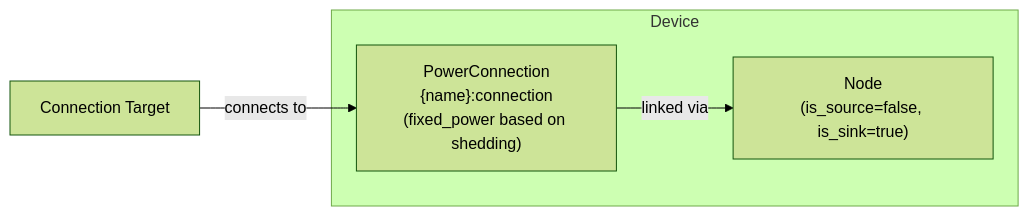
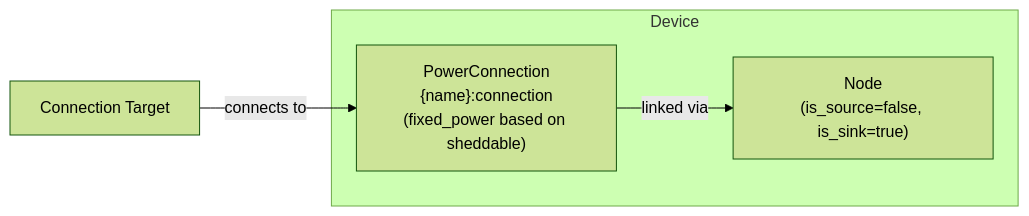
Before and after one commit to hass-energy/haeo: the diagram in docs/modeling/device-layer/loads.md, drawn with Mermaid (forest theme). The commit also changed other lines of this file and 1 other file, not shown here.

Commit message:
Update documentation with sheddable terminology and correct defaults

````diff
--- a/docs/modeling/device-layer/loads.md
+++ b/docs/modeling/device-layer/loads.md
@@ -8,13 +8,13 @@
 ```mermaid
 graph LR
     subgraph "Device"
         SS["Node<br/>(is_source=false, is_sink=true)"]
-        Conn["PowerConnection<br/>{name}:connection<br/>(fixed_power based on shedding)"]
+        Conn["PowerConnection<br/>{name}:connection<br/>(fixed_power based on sheddable)"]
     end
 
     Node[Connection Target]
 
 
     Conn -->|linked via| SS
     Node -->|connects to| Conn
 ```
````
